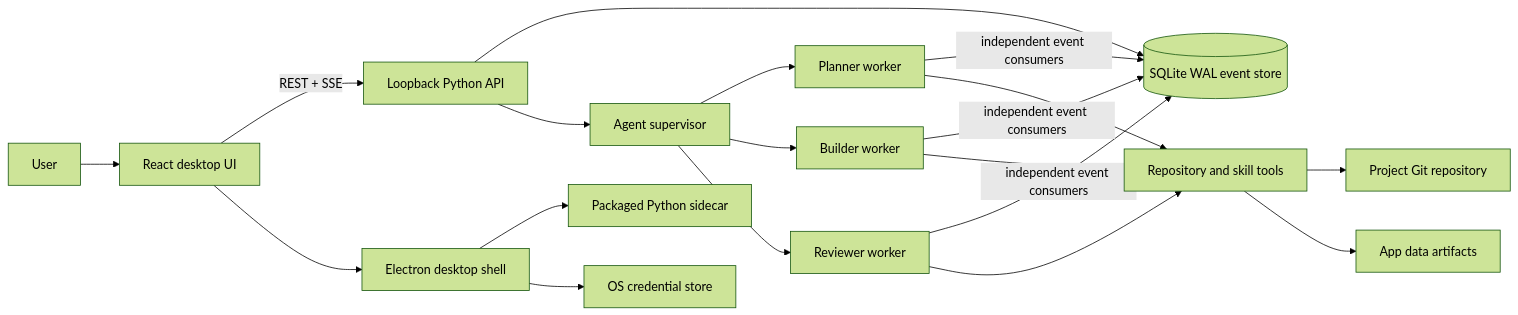
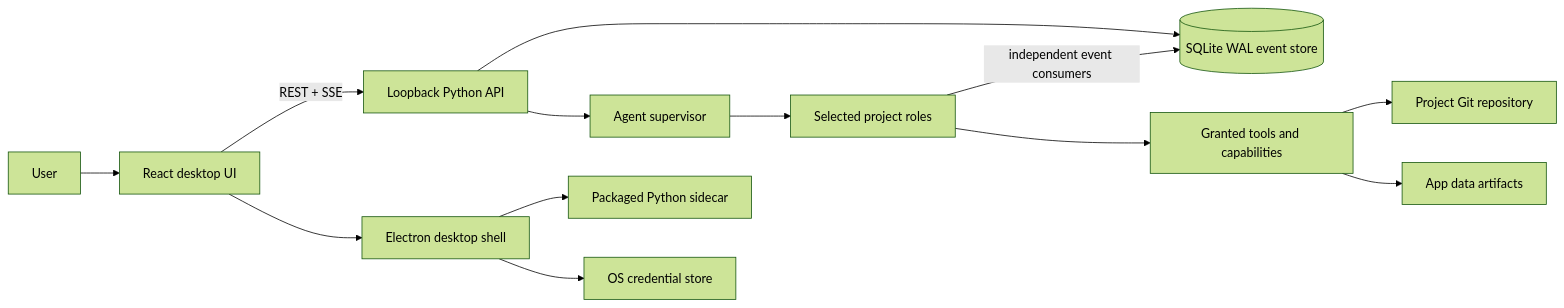
One commit to Diagramotion/Tribe changed the diagram in docs/runtime-foundation.md. Above: the diagram before and after it, drawn with Mermaid (forest theme). The commit also changed other lines of this file and 63 other files, not shown here.

````diff
--- a/docs/runtime-foundation.md
+++ b/docs/runtime-foundation.md
@@ -5,17 +5,15 @@
 ```mermaid
 flowchart LR
   User[User] --> UI[React desktop UI]
   UI -->|REST + SSE| API[Loopback Python API]
   API --> Store[(SQLite WAL event store)]
   API --> Supervisor[Agent supervisor]
-  Supervisor --> W1[Planner worker]
-  Supervisor --> W2[Builder worker]
-  Supervisor --> W3[Reviewer worker]
-  W1 & W2 & W3 -->|independent event consumers| Store
-  W1 & W2 & W3 --> Tools[Repository and skill tools]
+  Supervisor --> Agents[Selected project roles]
+  Agents -->|independent event consumers| Store
+  Agents --> Tools[Granted tools and capabilities]
   Tools --> Repo[Project Git repository]
   Tools --> Artifacts[App data artifacts]
   UI --> Shell[Electron desktop shell]
   Shell --> Sidecar[Packaged Python sidecar]
   Shell --> Keychain[OS credential store]
 ```
````
